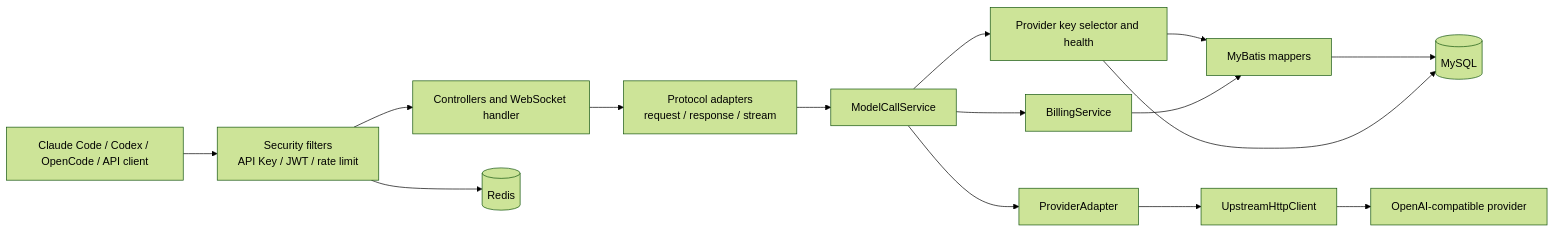
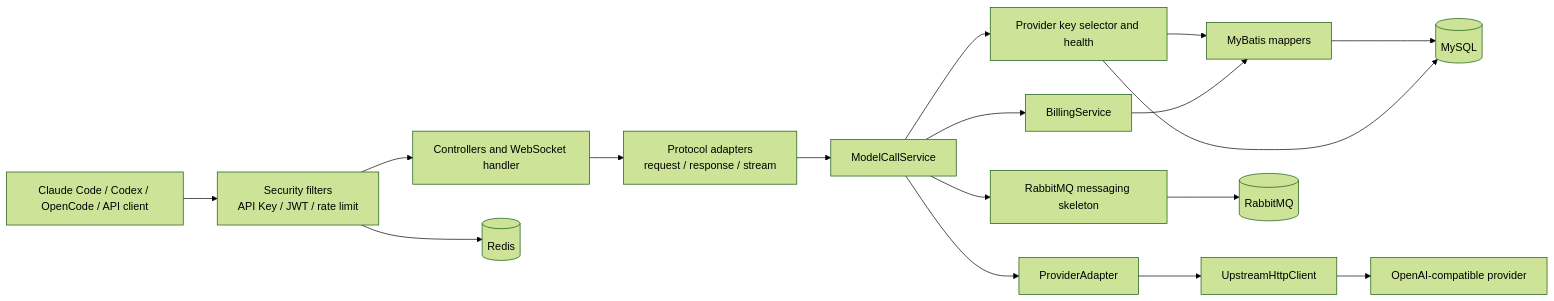
One commit to hdw123456/erent changed the first of 4 diagrams in ARCHITECTURE.md. Above: the diagram before and after it, drawn with Mermaid (forest theme). The commit also changed other lines of this file and 22 other files, not shown here.

````diff
--- a/ARCHITECTURE.md
+++ b/ARCHITECTURE.md
@@ -38,24 +40,28 @@
 ```mermaid
 flowchart LR
     Agent["Claude Code / Codex / OpenCode / API client"]
     Security["Security filters\nAPI Key / JWT / rate limit"]
     Controller["Controllers and WebSocket handler"]
     Gateway["Protocol adapters\nrequest / response / stream"]
     Call["ModelCallService"]
     Key["Provider key selector and health"]
     Provider["ProviderAdapter"]
     Client["UpstreamHttpClient"]
     Billing["BillingService"]
     Mapper["MyBatis mappers"]
     MySQL[(MySQL)]
     Redis[(Redis)]
+    Messaging["RabbitMQ messaging skeleton"]
+    RabbitMQ[(RabbitMQ)]
     Upstream["OpenAI-compatible provider"]
 
     Agent --> Security --> Controller
     Security --> Redis
     Controller --> Gateway --> Call
     Call --> Key --> Mapper
     Call --> Provider --> Client --> Upstream
     Call --> Billing --> Mapper --> MySQL
     Key --> MySQL
+    Call --> Messaging
+    Messaging --> RabbitMQ
 ```
````
